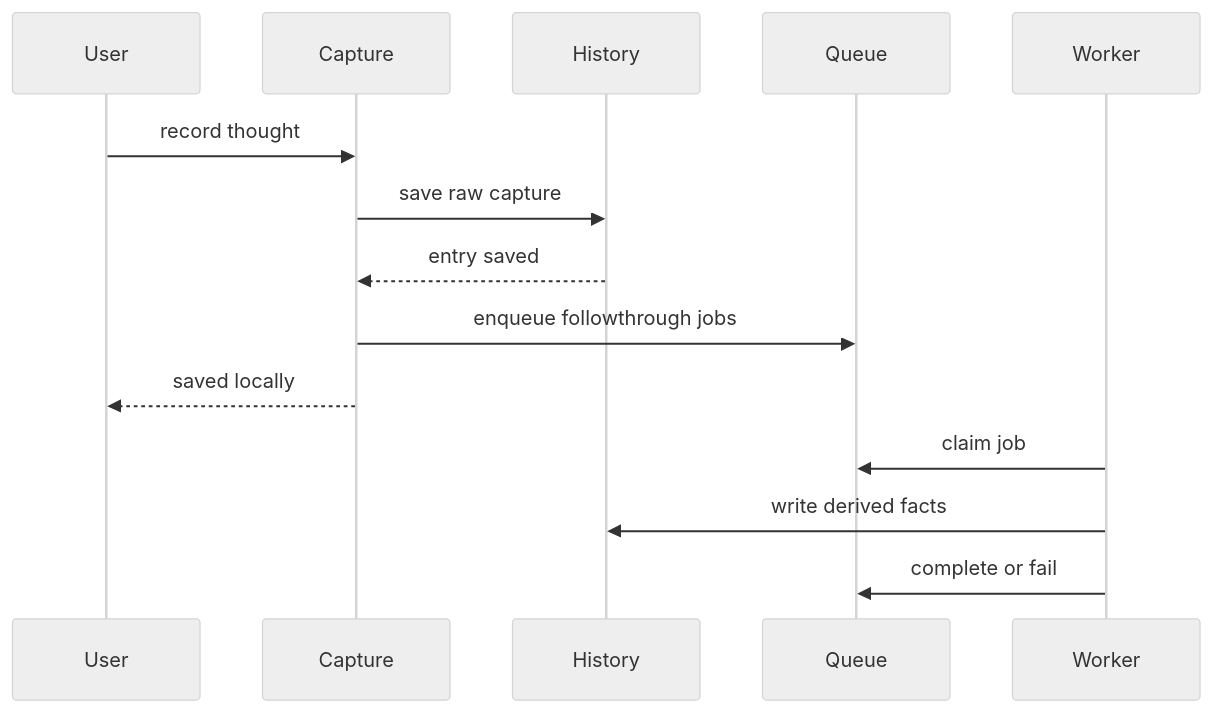
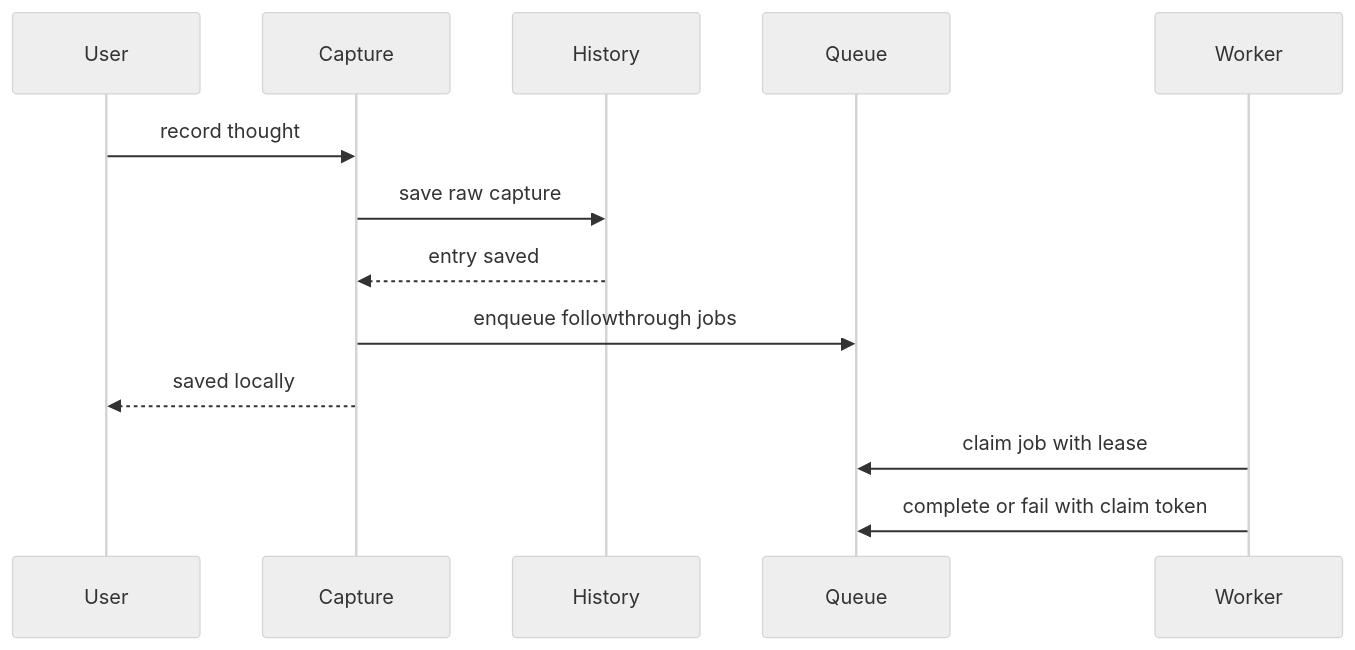
One commit to flyingrobots/think changed the diagram in docs/design/0072-followthrough-job-queue/followthrough-job-queue.md. Above: the diagram before and after it, drawn with Mermaid (neutral theme). The commit also changed other lines of this file and 5 other files, not shown here.

````diff
--- a/docs/design/0072-followthrough-job-queue/followthrough-job-queue.md
+++ b/docs/design/0072-followthrough-job-queue/followthrough-job-queue.md
@@ -155,16 +181,15 @@
 ```mermaid
 sequenceDiagram
     participant User
     participant Capture
     participant History
     participant Queue
     participant Worker
     User->>Capture: record thought
     Capture->>History: save raw capture
     History-->>Capture: entry saved
     Capture->>Queue: enqueue followthrough jobs
     Capture-->>User: saved locally
-    Worker->>Queue: claim job
-    Worker->>History: write derived facts
-    Worker->>Queue: complete or fail
+    Worker->>Queue: claim job with lease
+    Worker->>Queue: complete or fail with claim token
 ```
````
